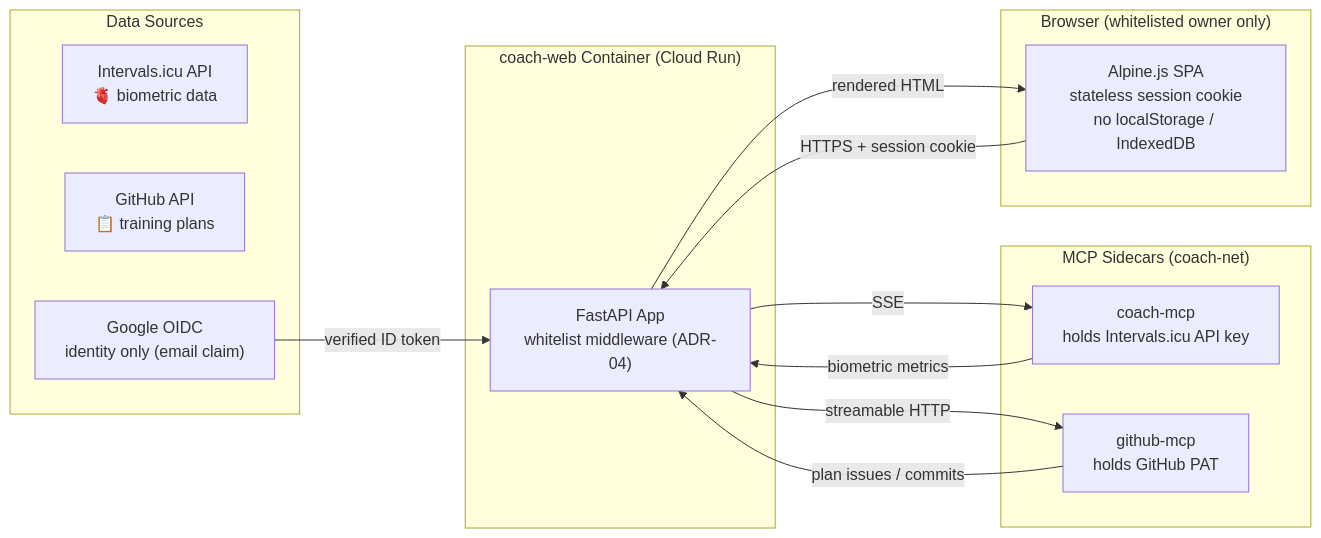
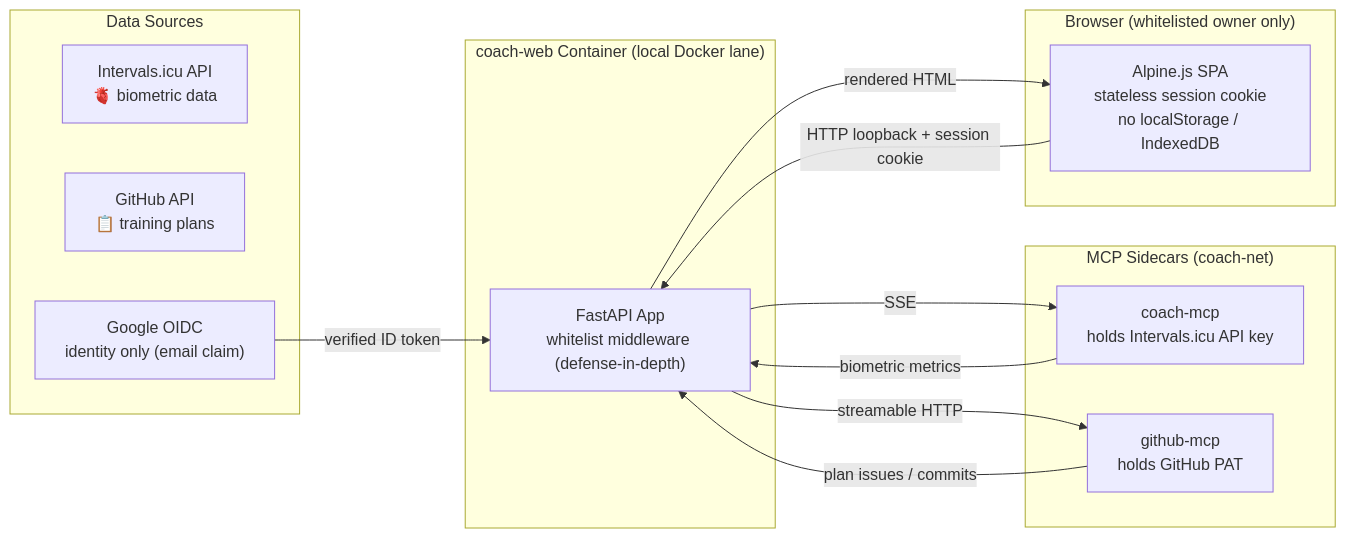
Before and after one commit to fpittelo/coach-web: the first of 2 diagrams in docs/security.md, drawn with Mermaid. The commit also changed other lines of this file and 3 other files, not shown here.

First line of the commit message:
docs: ADR-007 local-first deployment — retire GCP topology, local Docker lanes (#108)

````diff
--- a/docs/security.md
+++ b/docs/security.md
@@ -25,29 +25,29 @@
 ```mermaid
 graph LR
     subgraph "Data Sources"
         INTERVALS["Intervals.icu API<br/>🫀 biometric data"]
         GITHUB["GitHub API<br/>📋 training plans"]
         GOOGLE["Google OIDC<br/>identity only (email claim)"]
     end
 
-    subgraph "coach-web Container (Cloud Run)"
-        APP["FastAPI App<br/>whitelist middleware (ADR-04)"]
+    subgraph "coach-web Container (local Docker lane)"
+        APP["FastAPI App<br/>whitelist middleware (defense-in-depth)"]
     end
 
     subgraph "MCP Sidecars (coach-net)"
         MCP["coach-mcp<br/>holds Intervals.icu API key"]
         GHMCP["github-mcp<br/>holds GitHub PAT"]
     end
 
     subgraph "Browser (whitelisted owner only)"
         BROWSER["Alpine.js SPA<br/>stateless session cookie<br/>no localStorage / IndexedDB"]
     end
 
     GOOGLE -->|"verified ID token"| APP
-    BROWSER -->|"HTTPS + session cookie"| APP
+    BROWSER -->|"HTTP loopback + session cookie"| APP
     APP -->|"SSE"| MCP
     APP -->|"streamable HTTP"| GHMCP
     MCP -->|"biometric metrics"| APP
     GHMCP -->|"plan issues / commits"| APP
     APP -->|"rendered HTML"| BROWSER
 ```
````
